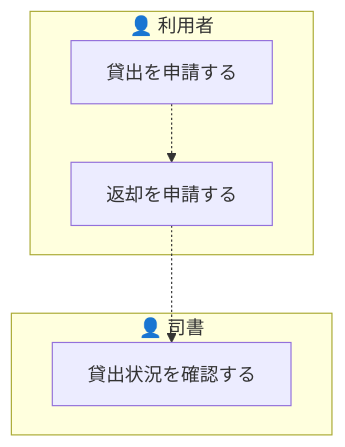
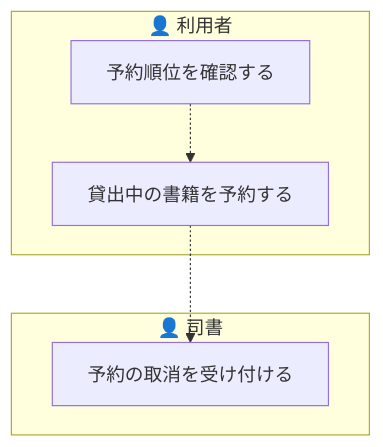
The sixth of 13 diagrams in samples/distillery/pipeline/rdra/latest/views/03_業務フロー.md (suwa-sh/suwa-sh-claude-plugins), drawn with Mermaid before and after one commit. The commit also changed other lines of this file and 1723 other files, not shown here.

````diff
--- a/samples/distillery/pipeline/rdra/latest/views/03_業務フロー.md
+++ b/samples/distillery/pipeline/rdra/latest/views/03_業務フロー.md
@@ -35,12 +146,12 @@
 ```mermaid
 graph TD
   subgraph LN1["👤 利用者"]
-    AT1["貸出を申請する"]
-    AT2["返却を申請する"]
+    AT1["予約順位を確認する"]
+    AT2["貸出中の書籍を予約する"]
   end
   subgraph LN2["👤 司書"]
-    AT3["貸出状況を確認する"]
+    AT3["予約の取消を受け付ける"]
   end
   AT1 -.-> AT2
   AT2 -.-> AT3
 ```
````
